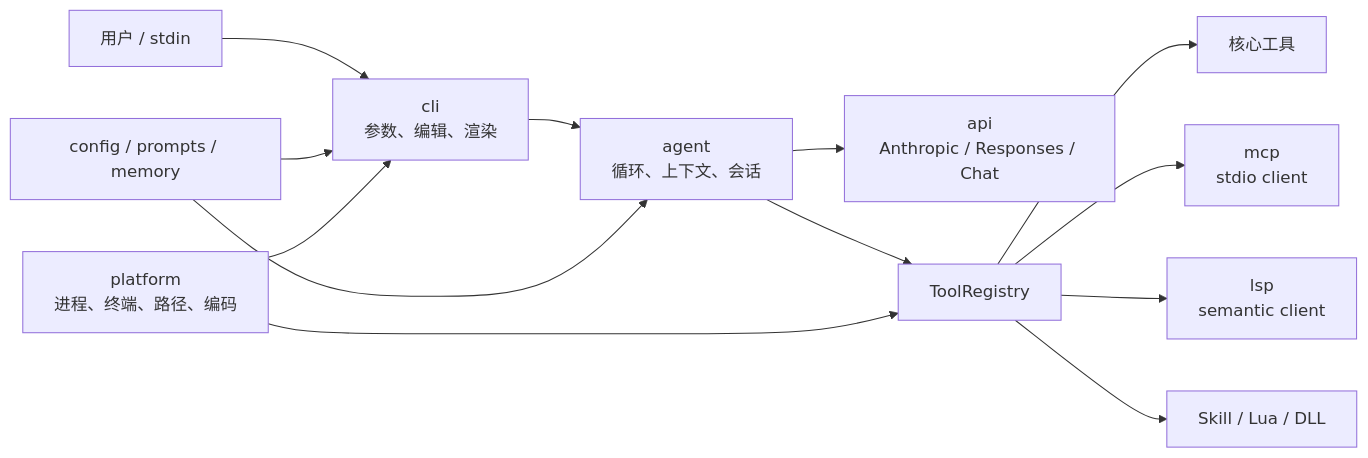
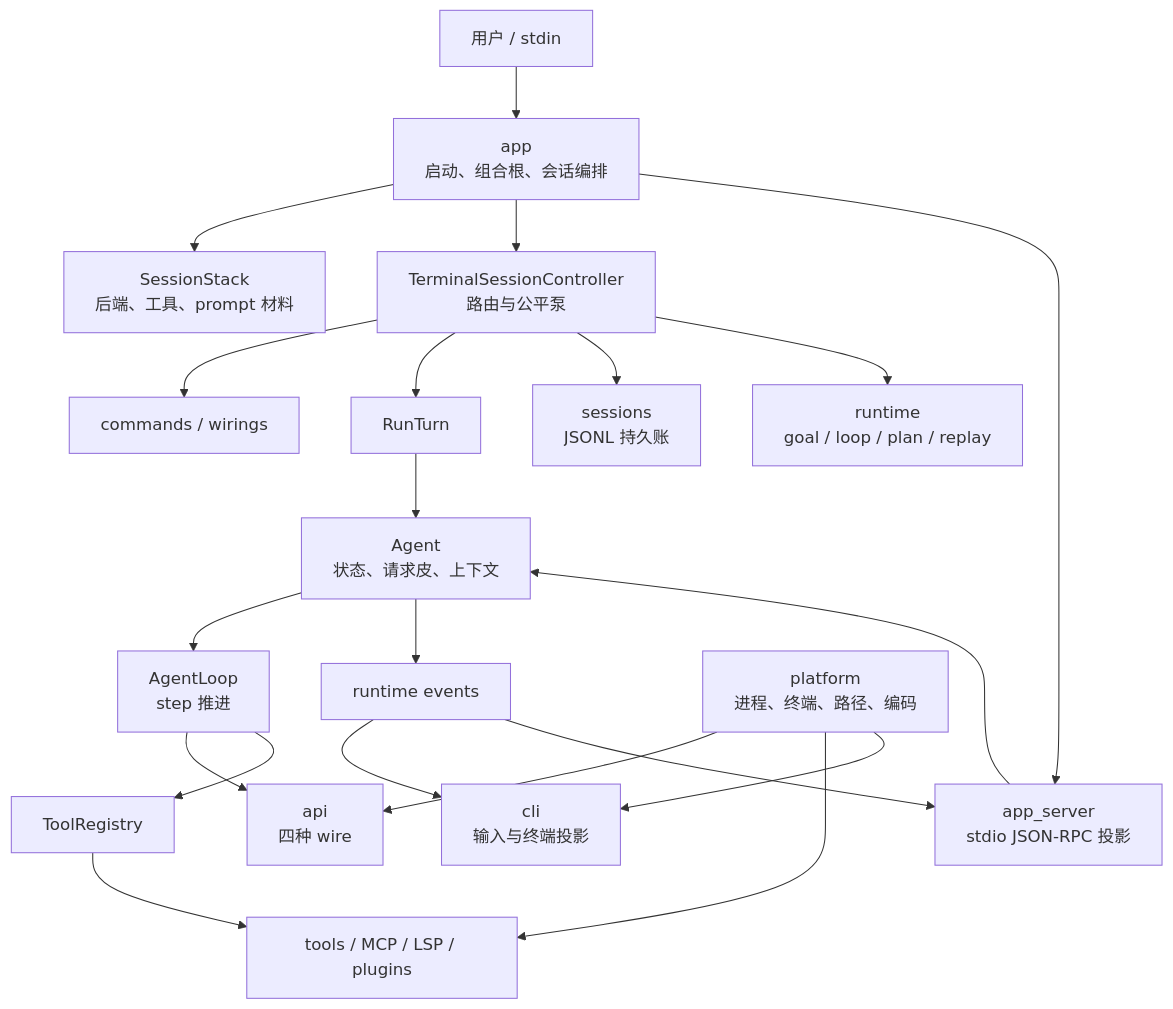
One commit to relic-yuexi/LubanCode changed the first of 2 diagrams in docs/architecture/README.md. Above: the diagram before and after it, drawn with Mermaid. The commit also changed other lines of this file and 18 other files, not shown here.

Commit message:
docs(architecture): 对齐会话拆分与四协议边界

````diff
--- a/docs/architecture/README.md
+++ b/docs/architecture/README.md
@@ -9,15 +9,25 @@
 ```mermaid
-flowchart LR
-    User[用户 / stdin] --> CLI[cli<br/>参数、编辑、渲染]
-    CLI --> Agent[agent<br/>循环、上下文、会话]
-    Agent --> API[api<br/>Anthropic / Responses / Chat]
-    Agent --> Registry[ToolRegistry]
-    Registry --> Core[核心工具]
-    Registry --> MCP[mcp<br/>stdio client]
-    Registry --> LSP[lsp<br/>semantic client]
-    Registry --> Plugin[Skill / Lua / DLL]
-    Config[config / prompts / memory] --> CLI
-    Config --> Agent
-    Platform[platform<br/>进程、终端、路径、编码] --> CLI
-    Platform --> Registry
+flowchart TB
+    accTitle: LubanCode 运行架构
+    accDescr: 启动层组装会话栈与控制器，再把用户输入送往命令、子系统、Agent、协议适配器、工具和持久化层。
+    User[用户 / stdin] --> App[app<br/>启动、组合根、会话编排]
+    App --> Stack[SessionStack<br/>后端、工具、prompt 材料]
+    App --> Controller[TerminalSessionController<br/>路由与公平泵]
+    Controller --> Command[commands / wirings]
+    Controller --> Turn[RunTurn]
+    Turn --> Agent[Agent<br/>状态、请求皮、上下文]
+    Agent --> Loop[AgentLoop<br/>step 推进]
+    Loop --> API[api<br/>四种 wire]
+    Loop --> Registry[ToolRegistry]
+    Registry --> Tools[tools / MCP / LSP / plugins]
+    Agent --> Events[runtime events]
+    Events --> CLI[cli<br/>输入与终端投影]
+    Events --> Server[app_server<br/>stdio JSON-RPC 投影]
+    App --> Server
+    Server --> Agent
+    Controller --> Sessions[sessions<br/>JSONL 持久账]
+    Controller --> Runtime[runtime<br/>goal / loop / plan / replay]
+    Platform[platform<br/>进程、终端、路径、编码] --> API
+    Platform --> Tools
+    Platform --> CLI
 ```
````
